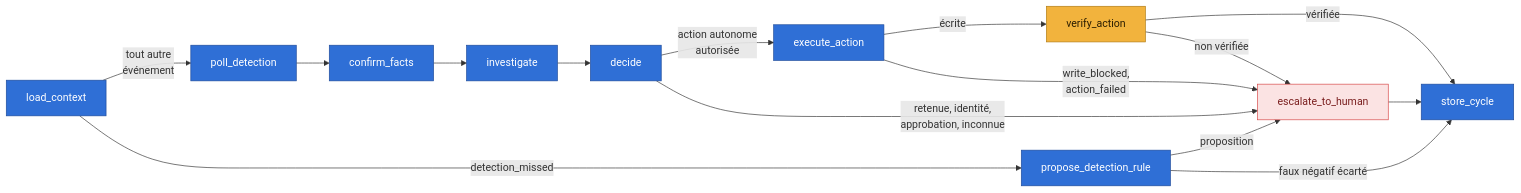
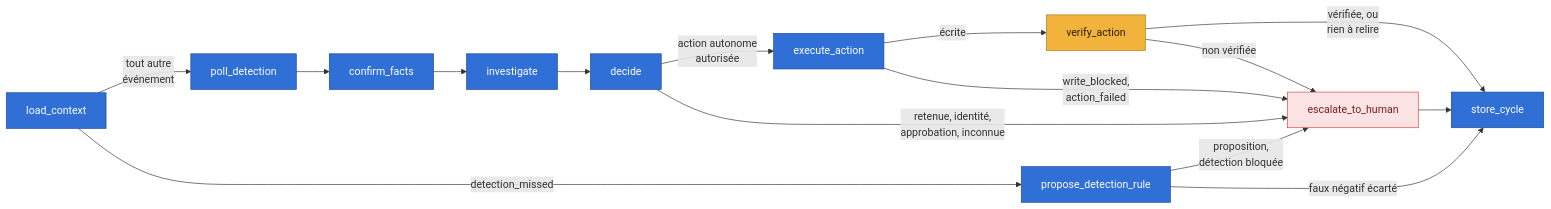
One commit to grootcyber/eregion changed the fourth of 8 diagrams in docs/architecture.md. Above: the diagram before and after it, drawn with Mermaid. The commit also changed 5 other files, not shown here.

First line of the commit message:
docs: les suites de la relecture de DOC7 — la file signée éteinte par défaut, les gardes de l'approbation nommées, les requêtes non lancées, deux étiquettes, et les arêtes du graphe comparées (DOC7, #989)

````diff
--- a/docs/architecture.md
+++ b/docs/architecture.md
@@ -191,23 +191,23 @@
 ```mermaid
 flowchart LR
     LC["load_context"] -->|"tout autre<br/>événement"| PD["poll_detection"]
     LC -->|"detection_missed"| PDR["propose_detection_rule"]
     PD --> CF["confirm_facts"]
     CF --> INV["investigate"]
     INV --> DEC["decide"]
     DEC -->|"action autonome<br/>autorisée"| EX["execute_action"]
     DEC -->|"retenue, identité,<br/>approbation, inconnue"| ESC["escalate_to_human"]
     EX -->|"écrite"| VA["verify_action"]
     EX -->|"write_blocked,<br/>action_failed"| ESC
-    VA -->|"vérifiée"| SC["store_cycle"]
+    VA -->|"vérifiée, ou<br/>rien à relire"| SC["store_cycle"]
     VA -->|"non vérifiée"| ESC
-    PDR -->|"proposition"| ESC
+    PDR -->|"proposition,<br/>détection bloquée"| ESC
     PDR -->|"faux négatif écarté"| SC
     ESC --> SC
     classDef blue fill:#2f6fd6,stroke:#1d4a9a,color:#ffffff
     classDef guard fill:#f2b33d,stroke:#b07a12,color:#2b1d00
     classDef warn fill:#fbe3e3,stroke:#d64545,color:#7a1f1f
     class LC,PD,CF,INV,DEC,EX,SC,PDR blue
     class VA guard
     class ESC warn
 ```
````
